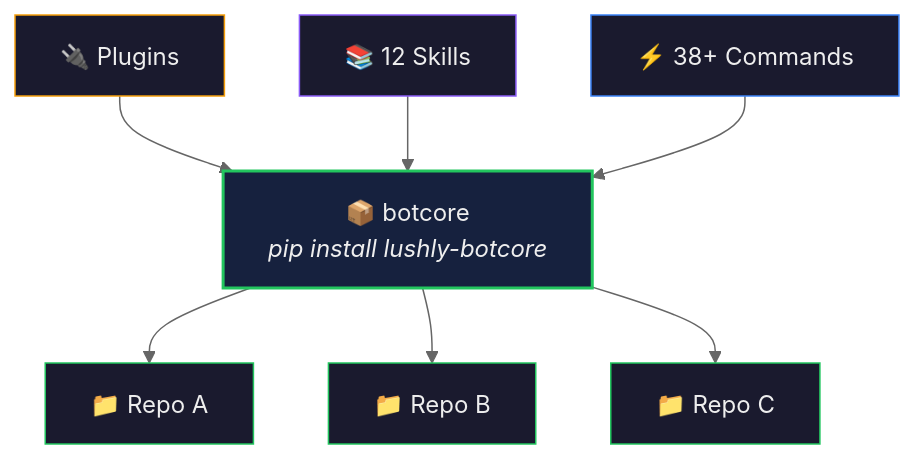
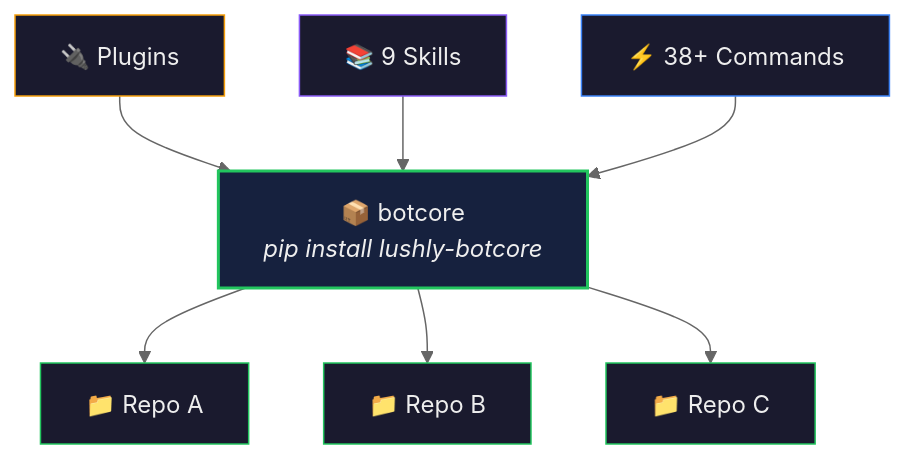
The second of 4 diagrams in endpoints/botcore/README.md (lushly-dev/afd), drawn with Mermaid (neutral theme) before and after one commit. The commit also changed other lines of this file and 115 other files, not shown here.

````diff
--- a/endpoints/botcore/README.md
+++ b/endpoints/botcore/README.md
@@ -49,20 +49,20 @@
 ```mermaid
 graph TB
     BC["📦 botcore<br/><em>pip install lushly-botcore</em>"]
 
     BC --> A["📁 Repo A"]
     BC --> B["📁 Repo B"]
     BC --> C["📁 Repo C"]
 
     P["🔌 Plugins"] --> BC
-    S["📚 12 Skills"] --> BC
+    S["📚 9 Skills"] --> BC
     CMD["⚡ 38+ Commands"] --> BC
 
     style BC fill:#16213e,stroke:#22c55e,stroke-width:2px,color:#eee
     style A fill:#1a1a2e,stroke:#22c55e,color:#eee
     style B fill:#1a1a2e,stroke:#22c55e,color:#eee
     style C fill:#1a1a2e,stroke:#22c55e,color:#eee
     style P fill:#1a1a2e,stroke:#f59e0b,color:#eee
     style S fill:#1a1a2e,stroke:#8B5CF6,color:#eee
     style CMD fill:#1a1a2e,stroke:#3b82f6,color:#eee
 ```
````
